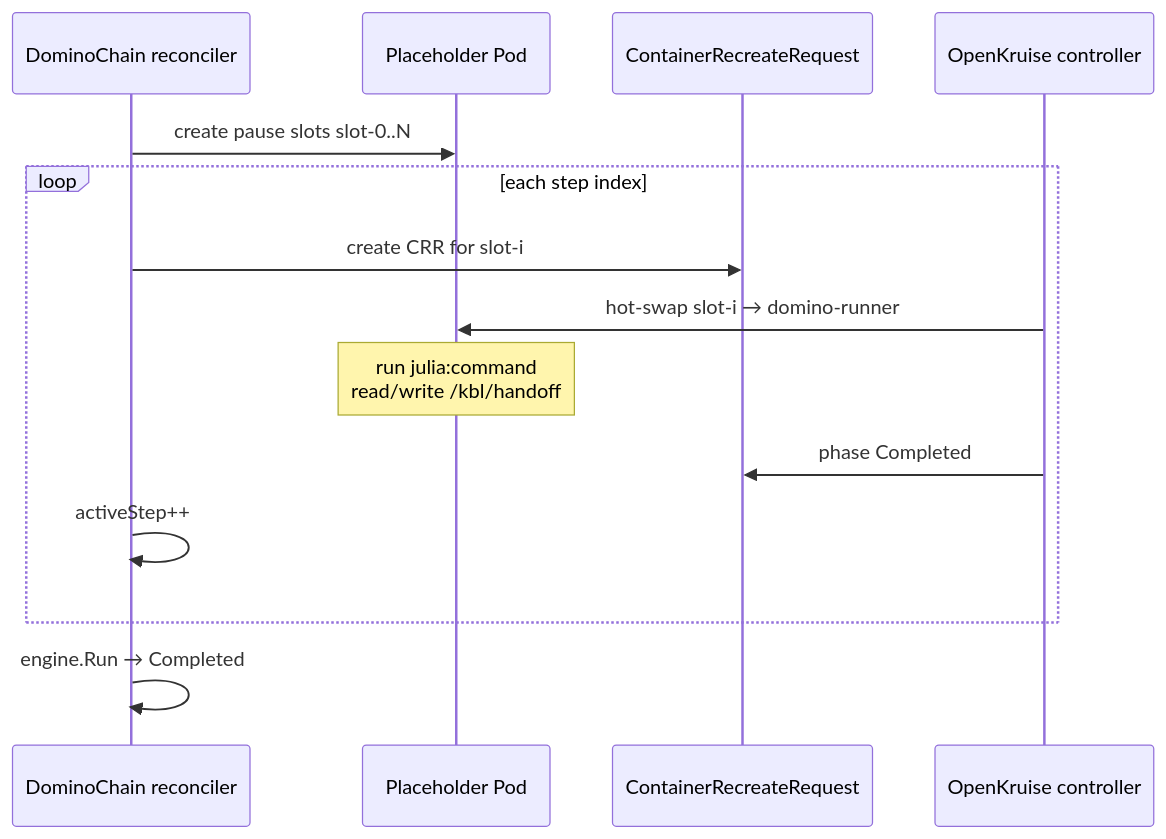
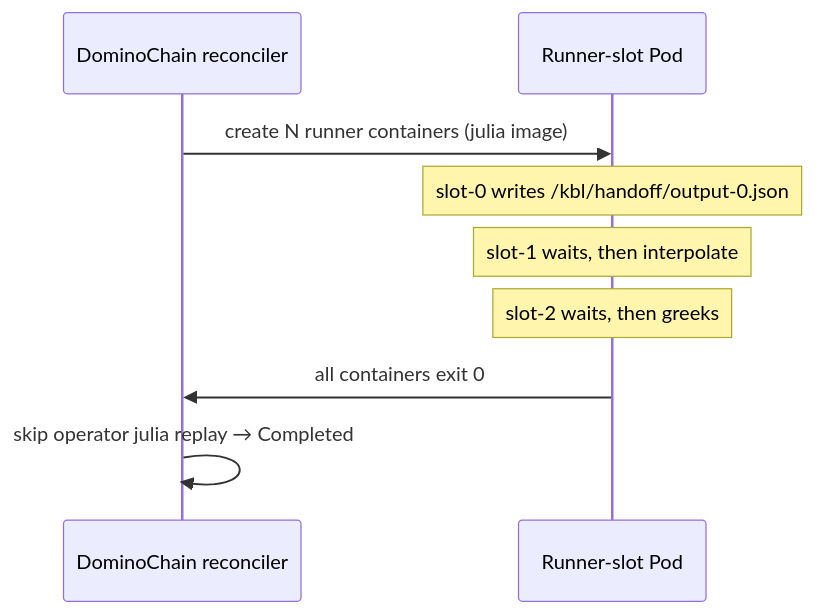
The tenth of 17 diagrams in docs/diagrams.md (jmjava/uber-lang-of-compute), drawn with Mermaid before and after one commit. The commit also changed other lines of this file and 33 other files, not shown here.

````diff
--- a/docs/diagrams.md
+++ b/docs/diagrams.md
@@ -256,17 +256,12 @@
 ```mermaid
 sequenceDiagram
   participant Ctrl as DominoChain reconciler
-  participant Pod as Placeholder Pod
-  participant CRR as ContainerRecreateRequest
-  participant OK as OpenKruise controller
+  participant Pod as Runner-slot Pod
 
-  Ctrl->>Pod: create pause slots slot-0..N
-  loop each step index
-    Ctrl->>CRR: create CRR for slot-i
-    OK->>Pod: hot-swap slot-i → domino-runner
-    Note over Pod: run julia:command<br/>read/write /kbl/handoff
-    OK->>CRR: phase Completed
-    Ctrl->>Ctrl: activeStep++
-  end
-  Ctrl->>Ctrl: engine.Run → Completed
+  Ctrl->>Pod: create N runner containers (julia image)
+  Note over Pod: slot-0 writes /kbl/handoff/output-0.json
+  Note over Pod: slot-1 waits, then interpolate
+  Note over Pod: slot-2 waits, then greeks
+  Pod->>Ctrl: all containers exit 0
+  Ctrl->>Ctrl: skip operator julia replay → Completed
 ```
````
